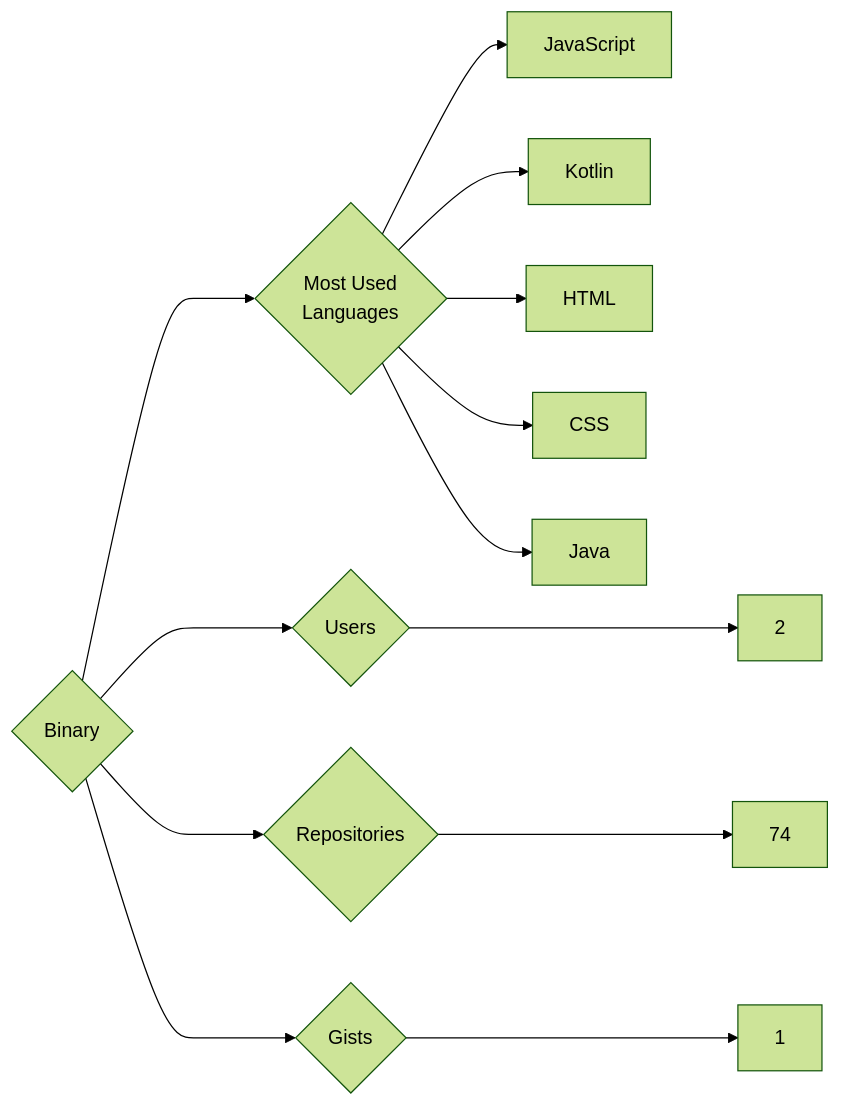
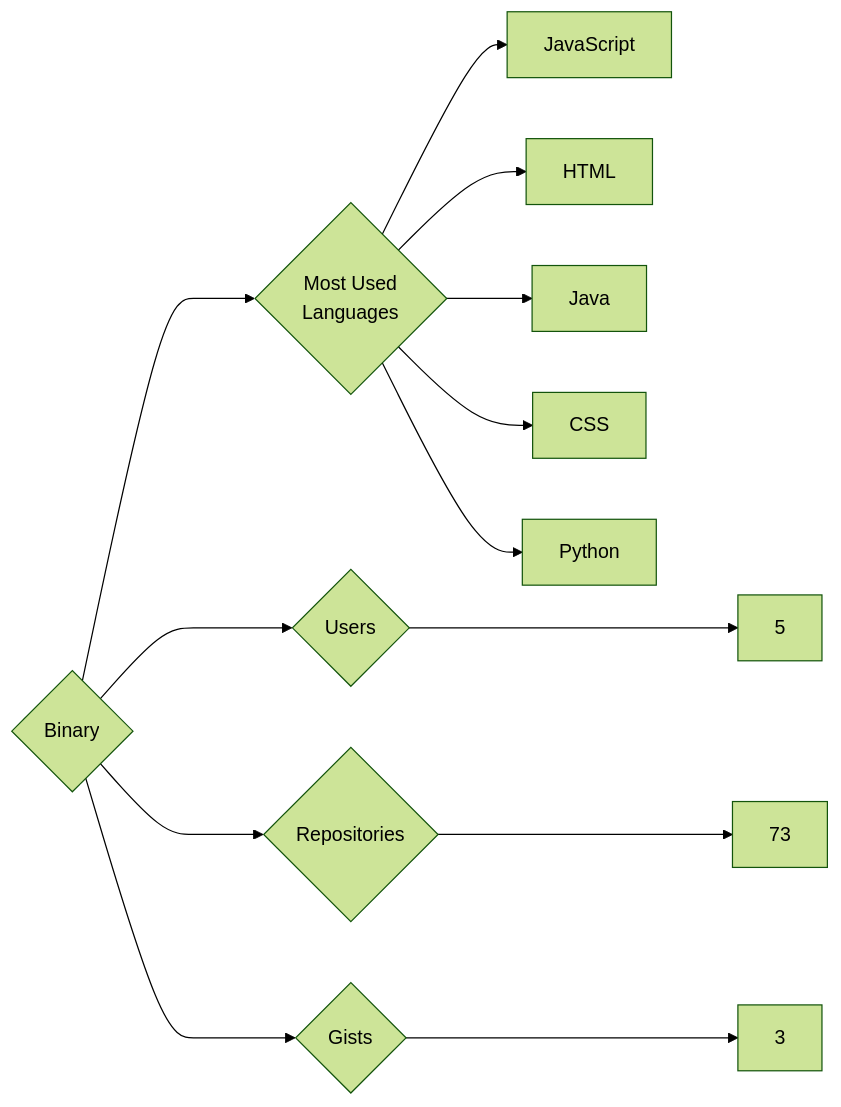
Before and after one commit to trickest/insiders: the diagram in targets/Binary/README.md, drawn with Mermaid (forest theme). The commit also changed 985 other files, not shown here.

````diff
--- a/targets/Binary/README.md
+++ b/targets/Binary/README.md
@@ -3,13 +3,13 @@
 ```mermaid
 graph LR
 COMPANY_NAME{Binary}
-COMPANY_NAME ---> U{Users} ---> UN[2]
-COMPANY_NAME ---> R{Repositories} ---> RN[74]
-COMPANY_NAME ---> G{Gists} ---> GN[1]
+COMPANY_NAME ---> U{Users} ---> UN[5]
+COMPANY_NAME ---> R{Repositories} ---> RN[73]
+COMPANY_NAME ---> G{Gists} ---> GN[3]
 COMPANY_NAME ---> ML{Most Used<br>Languages}
 ML --> JavaScript[JavaScript]
-ML --> Kotlin[Kotlin]
 ML --> HTML[HTML]
+ML --> Java[Java]
 ML --> CSS[CSS]
-ML --> Java[Java]
+ML --> Python[Python]
 ```
````
